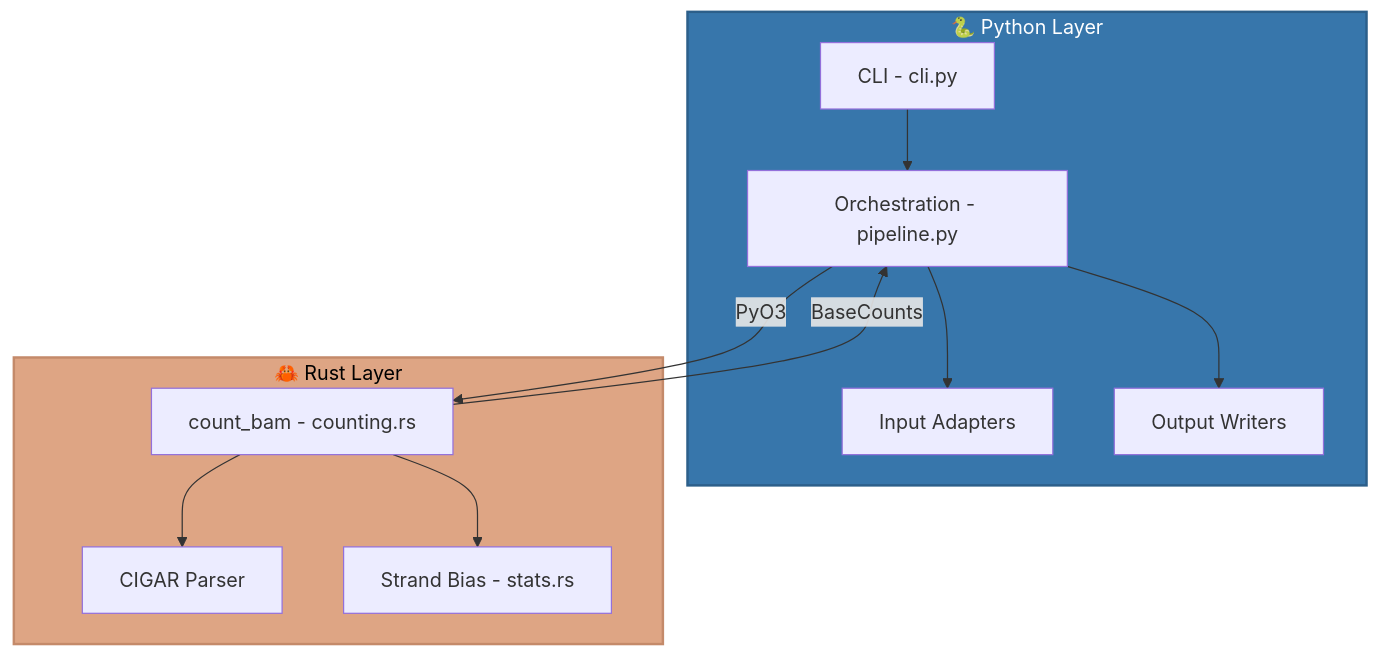
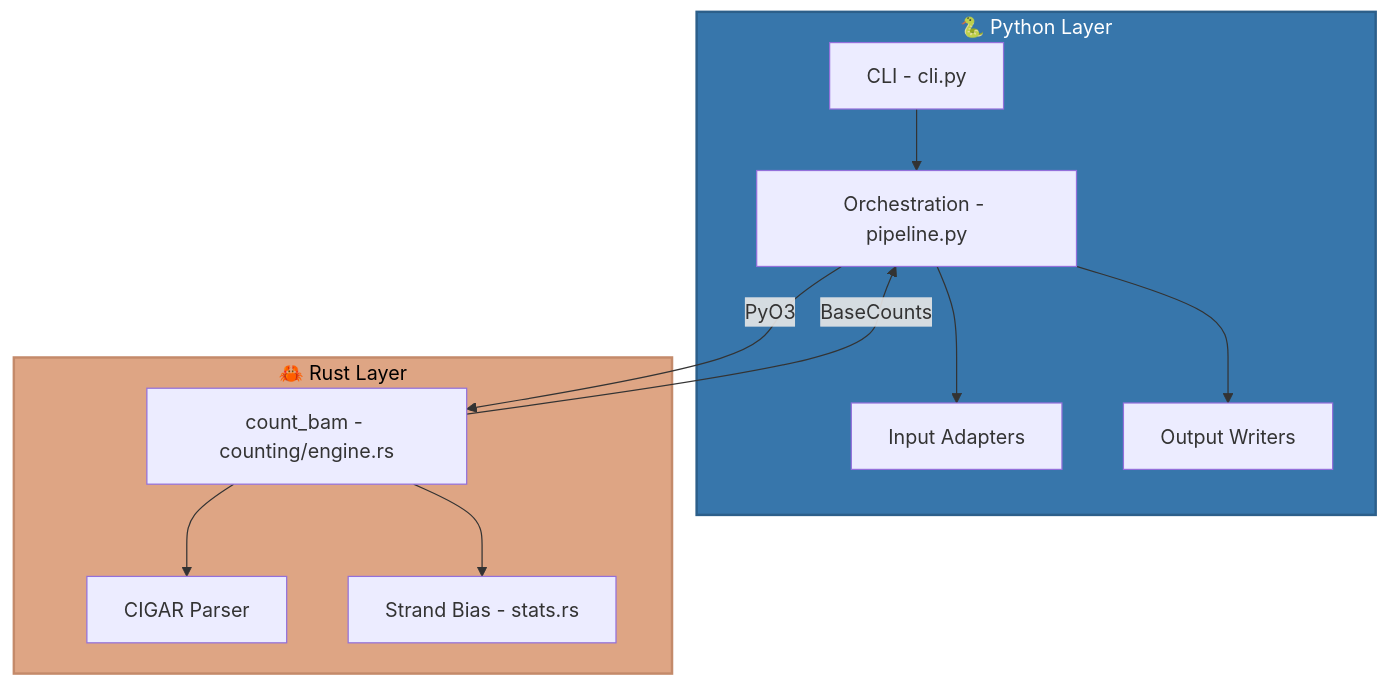
The first of 5 diagrams in docs/reference/architecture.md (msk-access/py-gbcms), drawn with Mermaid before and after one commit. The commit also changed other lines of this file and 22 other files, not shown here.

````diff
--- a/docs/reference/architecture.md
+++ b/docs/reference/architecture.md
@@ -7,21 +7,21 @@
 ```mermaid
 flowchart TB
     subgraph Python [🐍 Python Layer]
         CLI[CLI - cli.py] --> Pipeline[Orchestration - pipeline.py]
         Pipeline --> Reader[Input Adapters]
         Pipeline --> Writer[Output Writers]
     end
     
     subgraph Rust [🦀 Rust Layer]
-        Counter[count_bam - counting.rs] --> CIGAR[CIGAR Parser]
+        Counter[count_bam - counting/engine.rs] --> CIGAR[CIGAR Parser]
         Counter --> Stats[Strand Bias - stats.rs]
     end
     
     Pipeline -->|PyO3| Counter
     Counter -->|BaseCounts| Pipeline
     
     classDef pythonStyle fill:#3776ab,color:#fff,stroke:#2c5f8a,stroke-width:2px;
     classDef rustStyle fill:#dea584,color:#000,stroke:#c48a6a,stroke-width:2px;
     class Python pythonStyle;
     class Rust rustStyle;
 ```
````
